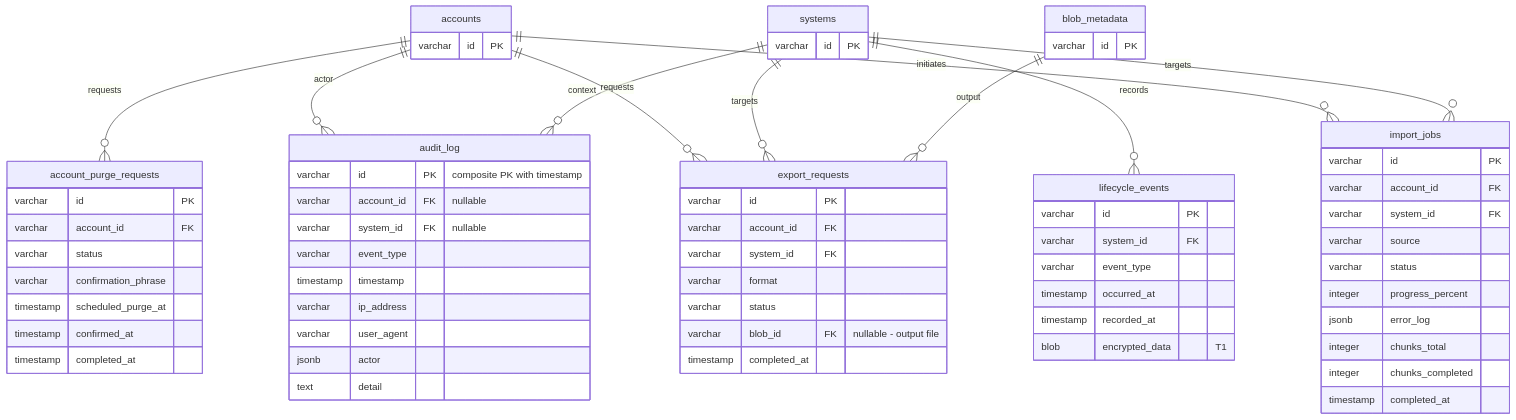
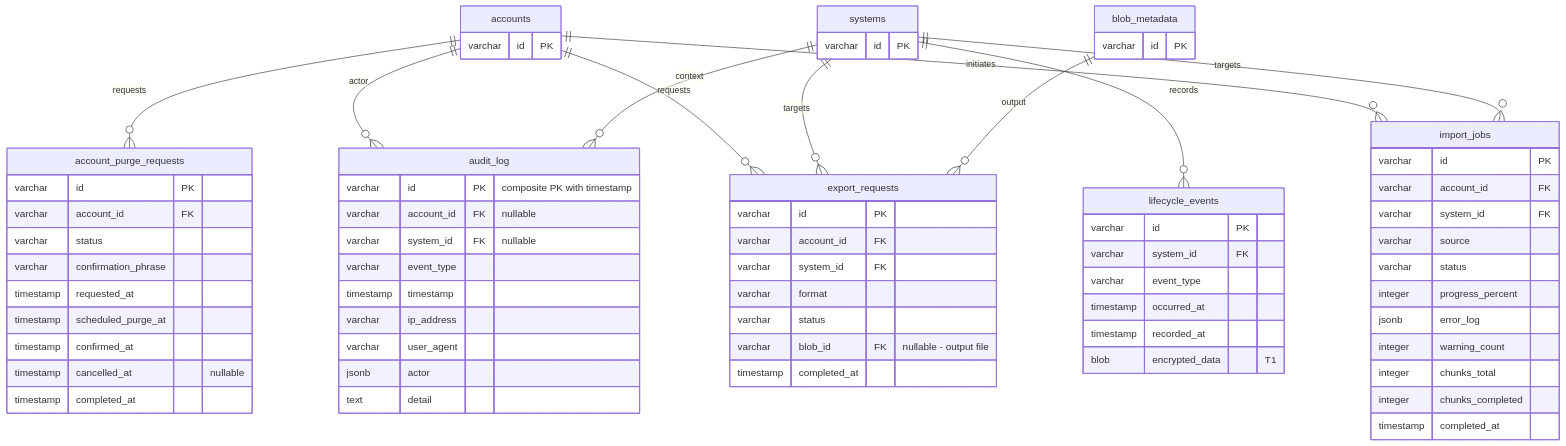
One commit to ThePrismSystem/pluralscape-mono changed diagram 14 of 20 in docs/database-schema.md. Above: the diagram before and after it, drawn with Mermaid. The commit also changed other lines of this file, not shown here.

Commit message:
docs(db): correct ER diagrams against actual PG schema

````diff
--- a/docs/database-schema.md
+++ b/docs/database-schema.md
@@ -773,78 +782,81 @@
 ```mermaid
 erDiagram
     accounts {
         varchar id PK
     }
 
     systems {
         varchar id PK
     }
 
     blob_metadata {
         varchar id PK
     }
 
     import_jobs {
         varchar id PK
         varchar account_id FK
         varchar system_id FK
         varchar source
         varchar status
         integer progress_percent
         jsonb error_log
+        integer warning_count
         integer chunks_total
         integer chunks_completed
         timestamp completed_at
     }
 
     export_requests {
         varchar id PK
         varchar account_id FK
         varchar system_id FK
         varchar format
         varchar status
         varchar blob_id FK "nullable - output file"
         timestamp completed_at
     }
 
     account_purge_requests {
         varchar id PK
         varchar account_id FK
         varchar status
         varchar confirmation_phrase
+        timestamp requested_at
         timestamp scheduled_purge_at
         timestamp confirmed_at
+        timestamp cancelled_at "nullable"
         timestamp completed_at
     }
 
     lifecycle_events {
         varchar id PK
         varchar system_id FK
         varchar event_type
         timestamp occurred_at
         timestamp recorded_at
         blob encrypted_data "T1"
     }
 
     audit_log {
         varchar id PK "composite PK with timestamp"
         varchar account_id FK "nullable"
         varchar system_id FK "nullable"
         varchar event_type
         timestamp timestamp
         varchar ip_address
         varchar user_agent
         jsonb actor
         text detail
     }
 
     accounts ||--o{ import_jobs : "initiates"
     systems ||--o{ import_jobs : "targets"
     accounts ||--o{ export_requests : "requests"
     systems ||--o{ export_requests : "targets"
     blob_metadata ||--o{ export_requests : "output"
     accounts ||--o{ account_purge_requests : "requests"
     systems ||--o{ lifecycle_events : "records"
     accounts ||--o{ audit_log : "actor"
     systems ||--o{ audit_log : "context"
 ```
````
